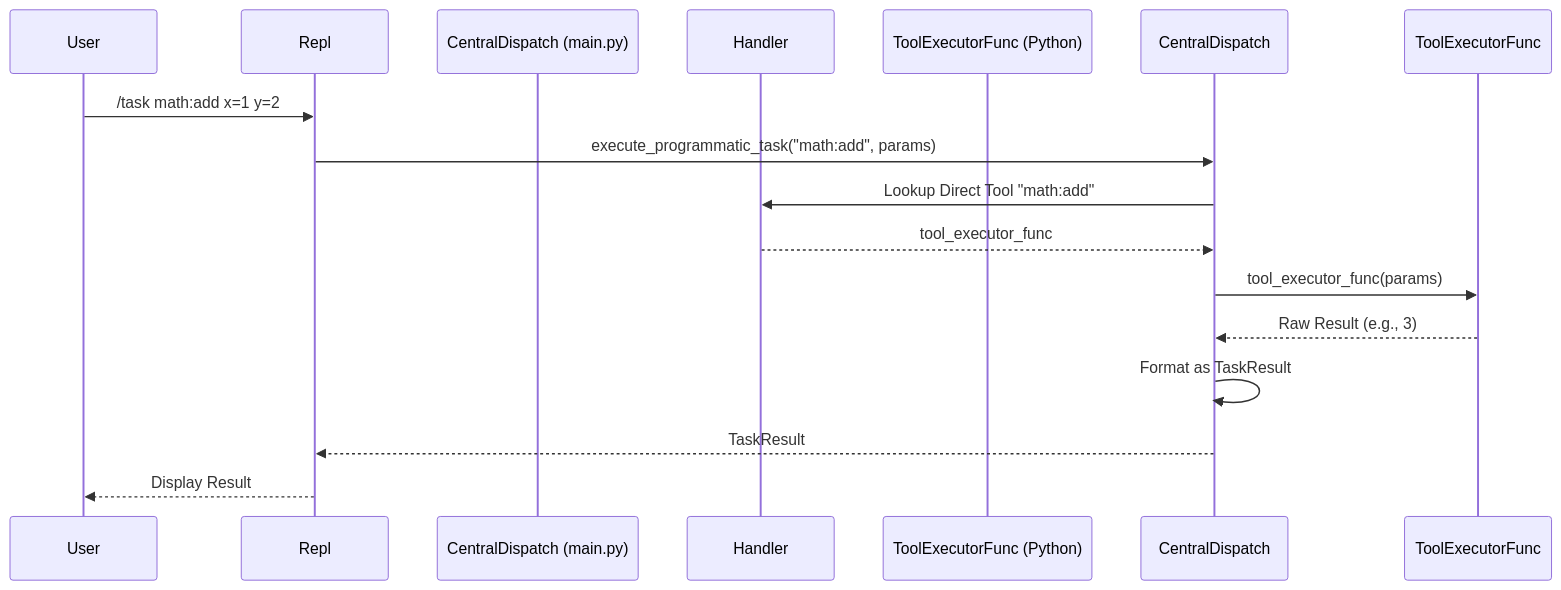
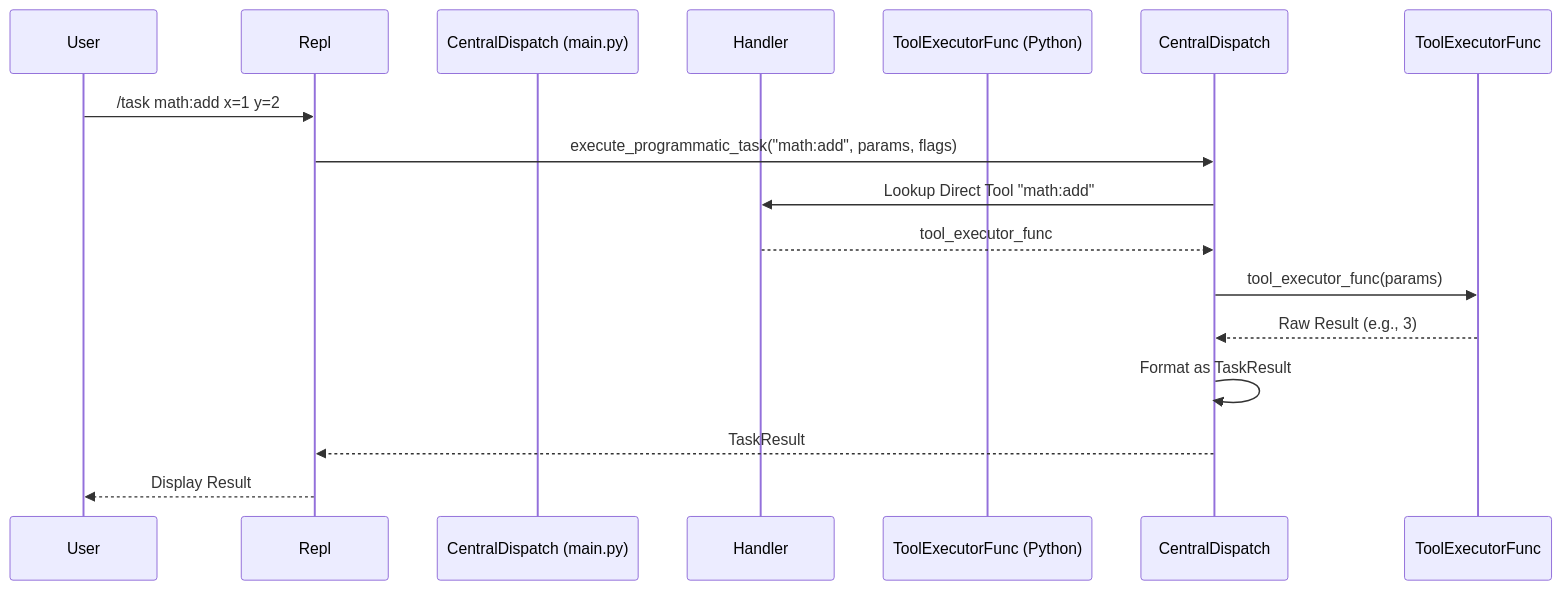
Before and after one commit to hoidn/llm: the second of 3 diagrams in docs/system/integration/cross-component.md, drawn with Mermaid. The commit also changed other lines of this file and 16 other files, not shown here.

Commit message:
refactor: Simplify TaskSystem.execute_atomic_template signature

````diff
--- a/docs/system/integration/cross-component.md
+++ b/docs/system/integration/cross-component.md
@@ -107,18 +107,18 @@
 ```mermaid
 sequenceDiagram
     participant User
     participant Repl
     participant CentralDispatch (main.py)
     participant Handler
     participant ToolExecutorFunc (Python)
 
     User->>Repl: /task math:add x=1 y=2
-    Repl->>CentralDispatch: execute_programmatic_task("math:add", params)
+    Repl->>CentralDispatch: execute_programmatic_task("math:add", params, flags)
     CentralDispatch->>Handler: Lookup Direct Tool "math:add"
     Handler-->>CentralDispatch: tool_executor_func
     CentralDispatch->>ToolExecutorFunc: tool_executor_func(params)
     ToolExecutorFunc-->>CentralDispatch: Raw Result (e.g., 3)
     CentralDispatch->>CentralDispatch: Format as TaskResult
     CentralDispatch-->>Repl: TaskResult
     Repl-->>User: Display Result
 ```
````
